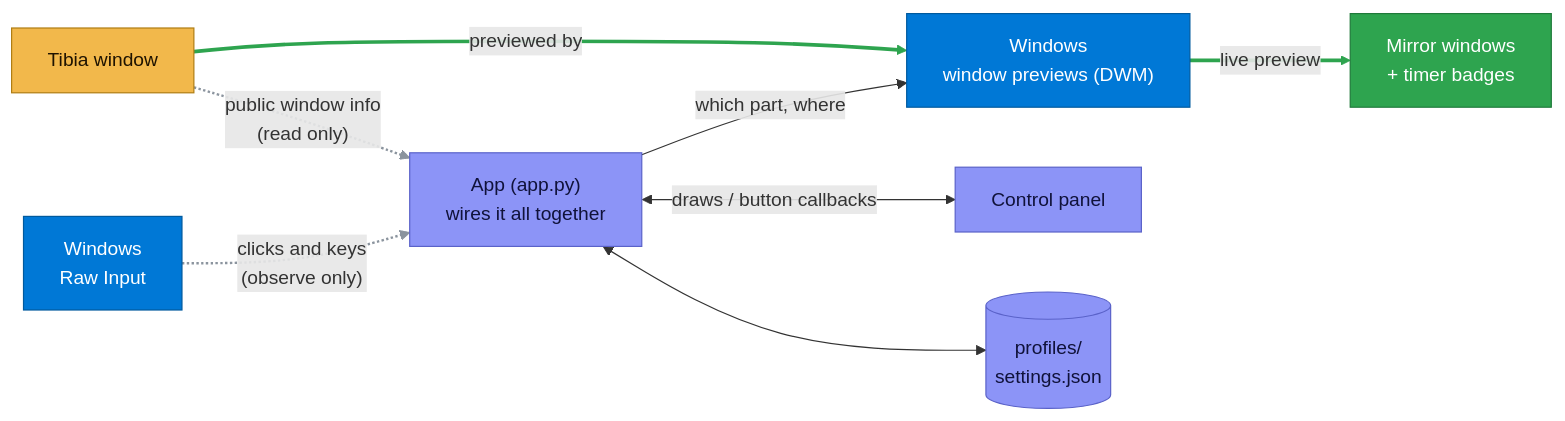
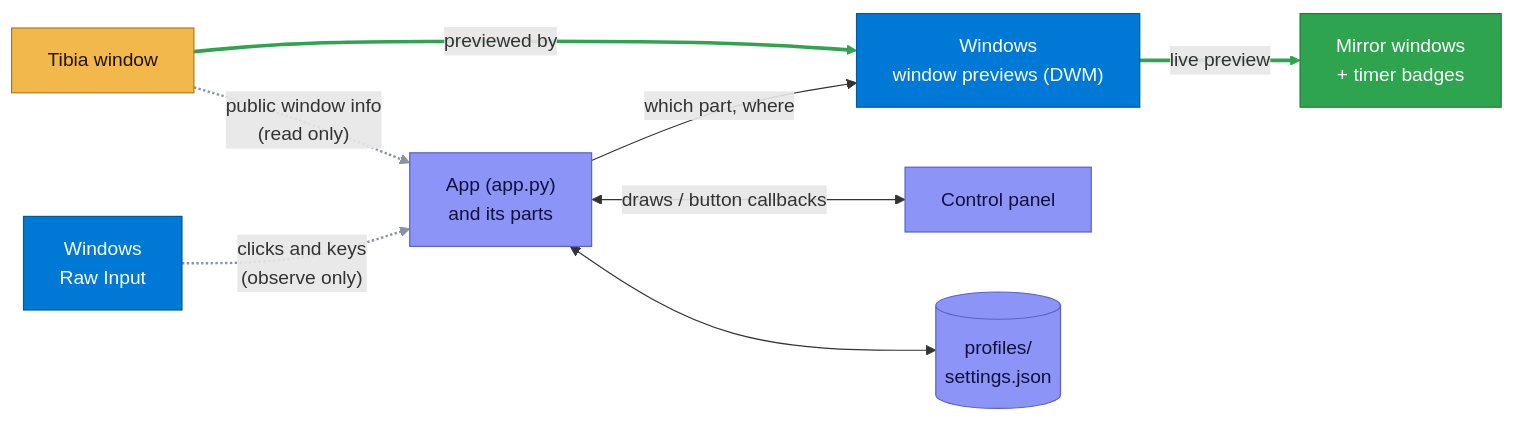
One commit to micky-mirror/tibia-mirror changed the diagram in docs/architecture.md. Above: the diagram before and after it, drawn with Mermaid. The commit also changed other lines of this file, not shown here.

Commit message:
Describe the new structure in the architecture overview

````diff
--- a/docs/architecture.md
+++ b/docs/architecture.md
@@ -8,22 +8,22 @@
 ```mermaid
 %%{init: {"themeCSS": "span.edgeLabel p { padding: 3px 7px; }"}}%%
 flowchart LR
     Tibia["Tibia window"] -->|"previewed by"| DWM["Windows<br>window previews (DWM)"]
     DWM -->|"live preview"| Mirrors["Mirror windows<br>+ timer badges"]
-    App["App (app.py)<br>wires it all together"] -->|"which part, where"| DWM
+    App["App (app.py)<br>and its parts"] -->|"which part, where"| DWM
     Tibia -.->|"public window info<br>(read only)"| App
     Raw["Windows<br>Raw Input"] -.->|"clicks and keys<br>(observe only)"| App
     App <-->|"draws / button callbacks"| Panel["Control panel"]
     App <--> Data[("profiles/<br>settings.json")]
 
     classDef game fill:#f2b84b,stroke:#b07d12,color:#1f1300
     classDef windows fill:#0078d6,stroke:#005a9e,color:#ffffff
     classDef app fill:#8c94f7,stroke:#5a62c9,color:#10123a
     classDef result fill:#2ea44f,stroke:#1f7a3a,color:#ffffff
     class Tibia game
     class DWM,Raw windows
     class App,Panel,Data app
     class Mirrors result
     linkStyle 0,1 stroke:#2ea44f,stroke-width:3px
     linkStyle 3,4 stroke:#8b949e,stroke-width:2px
 ```
````
